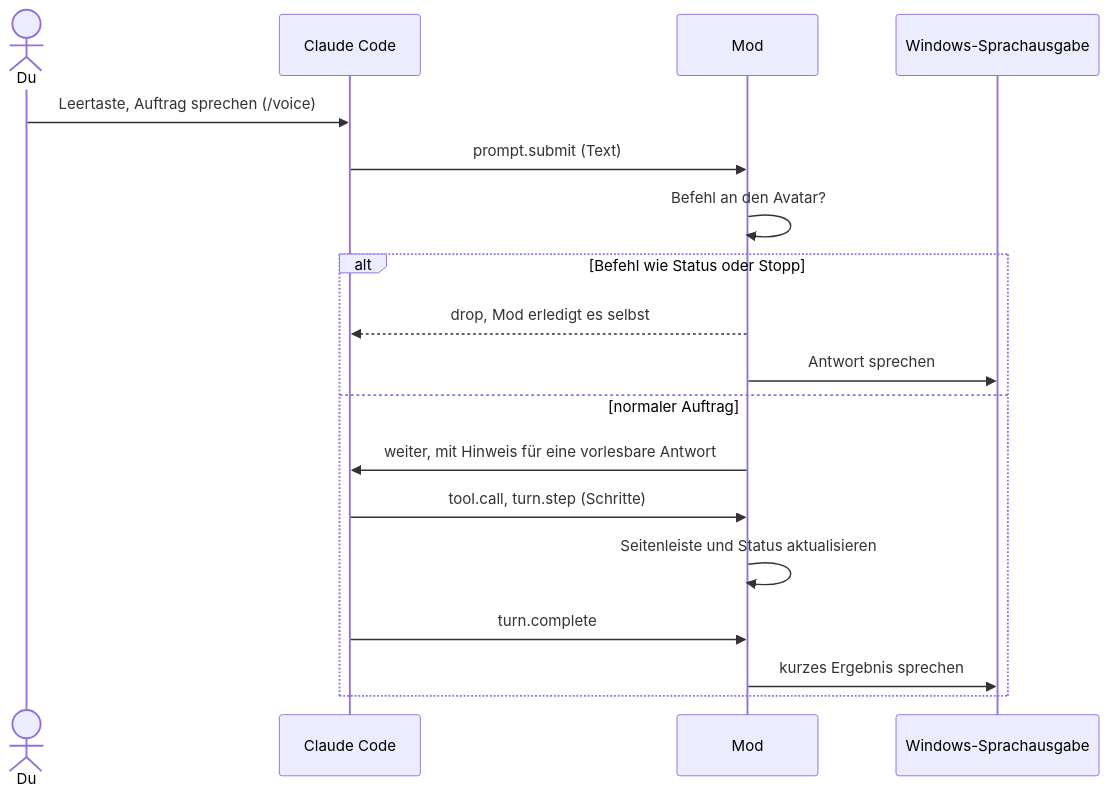
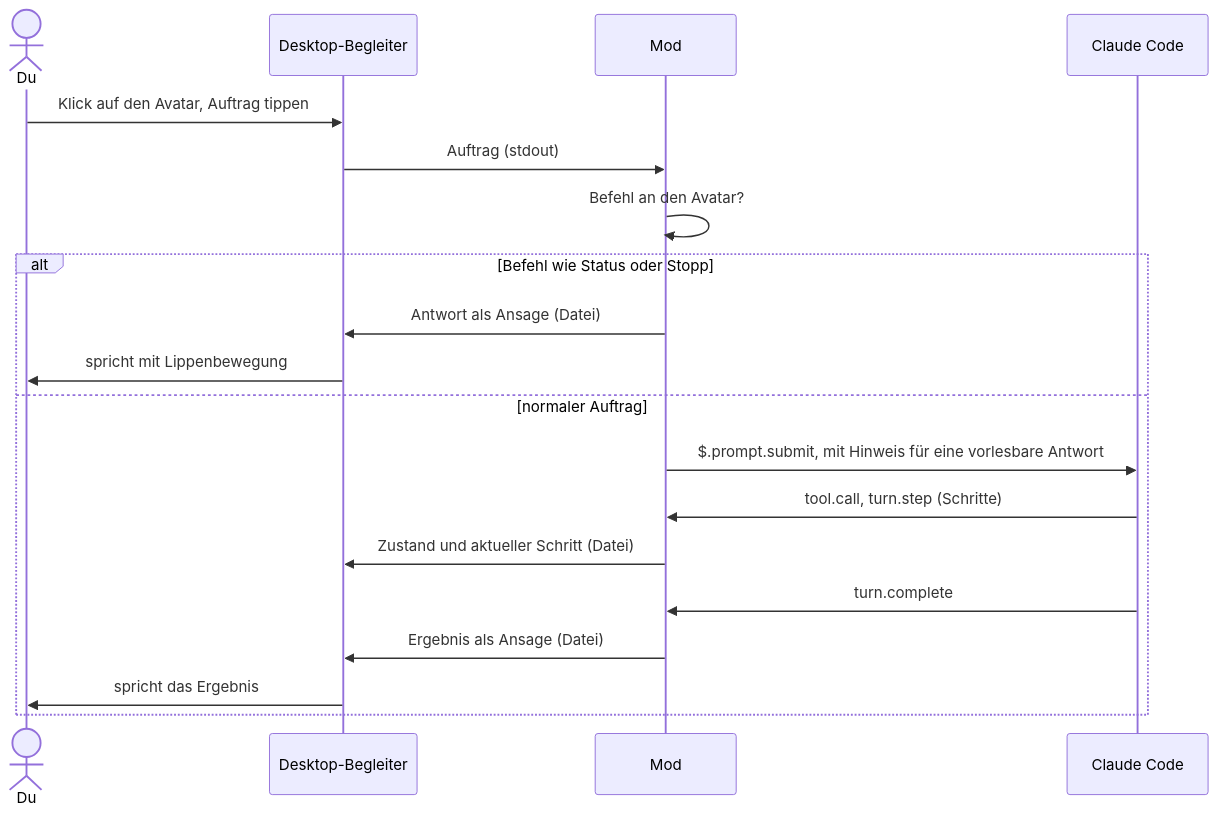
One commit to AyGeeI/claude-desktop-avatar changed the third of 3 diagrams in docs/PLAN.md. Above: the diagram before and after it, drawn with Mermaid. The commit also changed other lines of this file and 3 other files, not shown here.

First line of the commit message:
Add a desktop companion window to the mod plan (v0.4)

````diff
--- a/docs/PLAN.md
+++ b/docs/PLAN.md
@@ -194,21 +197,22 @@
 ```mermaid
 sequenceDiagram
     actor Du
+    participant B as Desktop-Begleiter
+    participant M as Mod
     participant CC as Claude Code
-    participant M as Mod
-    participant W as Windows-Sprachausgabe
 
-    Du->>CC: Leertaste, Auftrag sprechen (/voice)
-    CC->>M: prompt.submit (Text)
+    Du->>B: Klick auf den Avatar, Auftrag tippen
+    B->>M: Auftrag (stdout)
     M->>M: Befehl an den Avatar?
     alt Befehl wie Status oder Stopp
-        M-->>CC: drop, Mod erledigt es selbst
-        M->>W: Antwort sprechen
+        M->>B: Antwort als Ansage (Datei)
+        B->>Du: spricht mit Lippenbewegung
     else normaler Auftrag
-        M->>CC: weiter, mit Hinweis für eine vorlesbare Antwort
+        M->>CC: $.prompt.submit, mit Hinweis für eine vorlesbare Antwort
         CC->>M: tool.call, turn.step (Schritte)
-        M->>M: Seitenleiste und Status aktualisieren
+        M->>B: Zustand und aktueller Schritt (Datei)
         CC->>M: turn.complete
-        M->>W: kurzes Ergebnis sprechen
+        M->>B: Ergebnis als Ansage (Datei)
+        B->>Du: spricht das Ergebnis
     end
 ```
````
